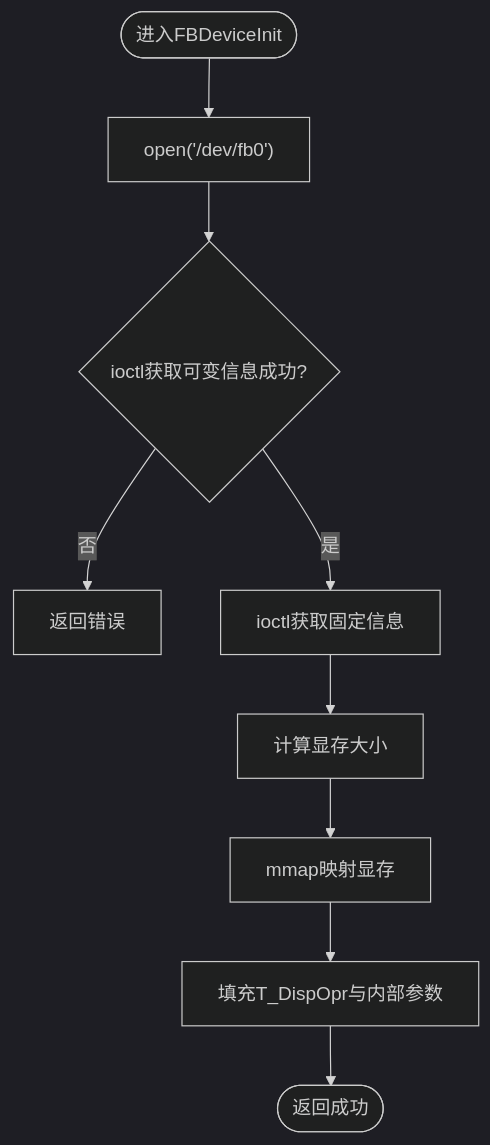
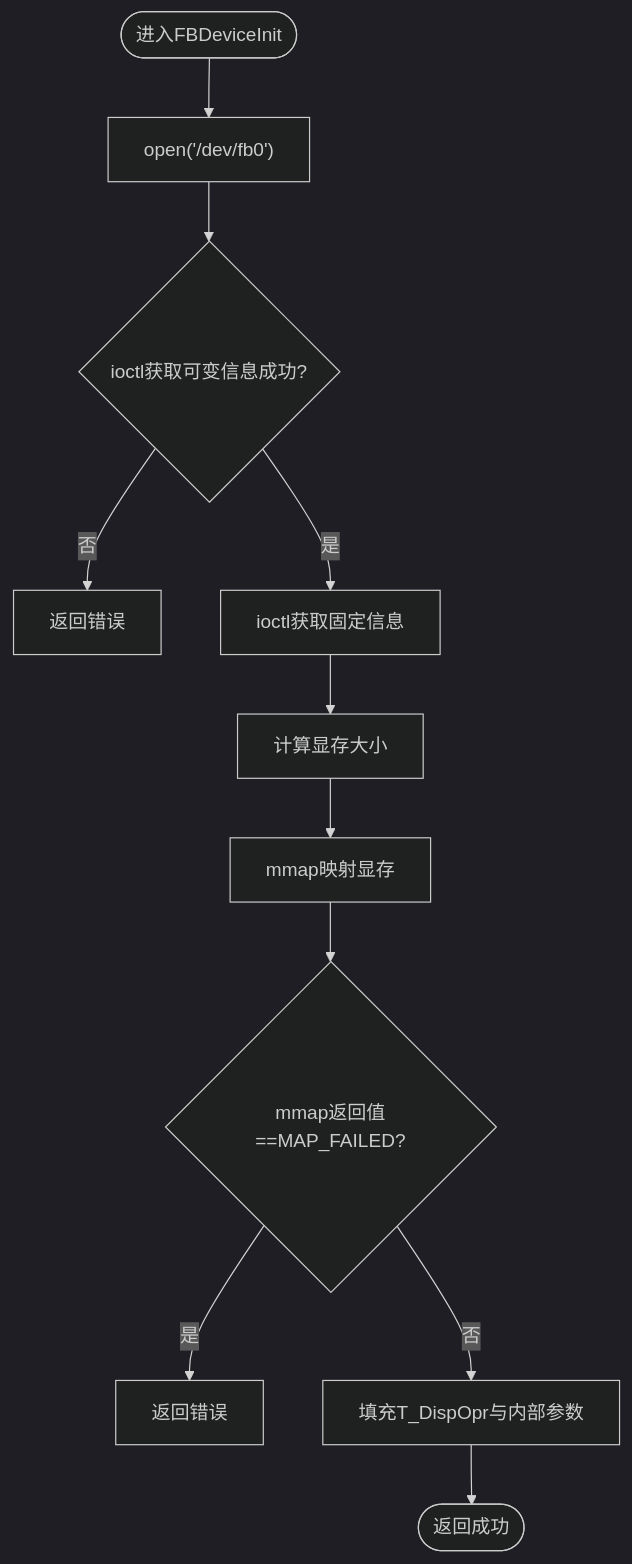
One commit to yhzpy/myLinuxCamera changed the third of 8 diagrams in .qoder/repowiki/zh/content/显示系统/Framebuffer驱动实现.md. Above: the diagram before and after it, drawn with Mermaid (dark theme). The commit also changed other lines of this file and 17 other files, not shown here.

````diff
--- a/.qoder/repowiki/zh/content/显示系统/Framebuffer驱动实现.md
+++ b/.qoder/repowiki/zh/content/显示系统/Framebuffer驱动实现.md
@@ -110,11 +120,13 @@
 ```mermaid
 flowchart TD
 Start(["进入FBDeviceInit"]) --> Open["open('/dev/fb0')"]
 Open --> IoctlVar{"ioctl获取可变信息成功?"}
 IoctlVar --> |否| Err1["返回错误"]
 IoctlVar --> |是| IoctlFix["ioctl获取固定信息"]
 IoctlFix --> CalcSize["计算显存大小"]
 CalcSize --> Mmap["mmap映射显存"]
-Mmap --> FillOpr["填充T_DispOpr与内部参数"]
+Mmap --> CheckErr{"mmap返回值==MAP_FAILED?"}
+CheckErr --> |是| Err2["返回错误"]
+CheckErr --> |否| FillOpr["填充T_DispOpr与内部参数"]
 FillOpr --> End(["返回成功"])
 ```
````
